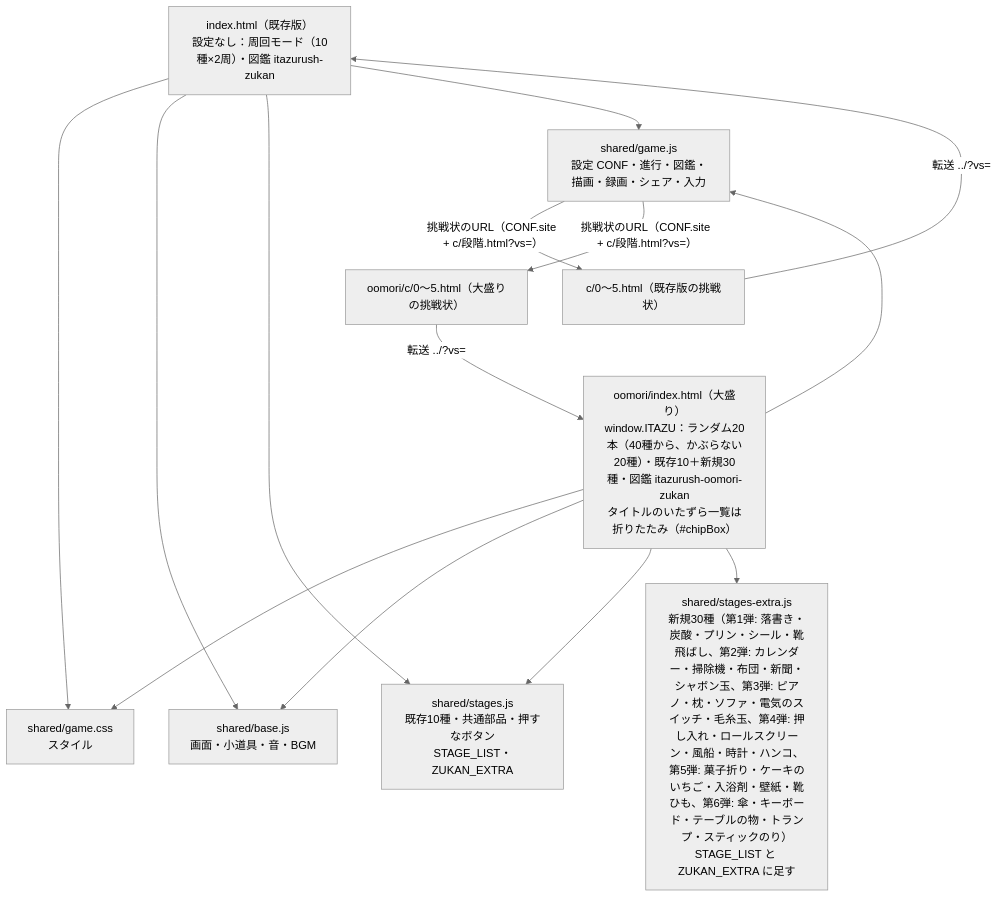
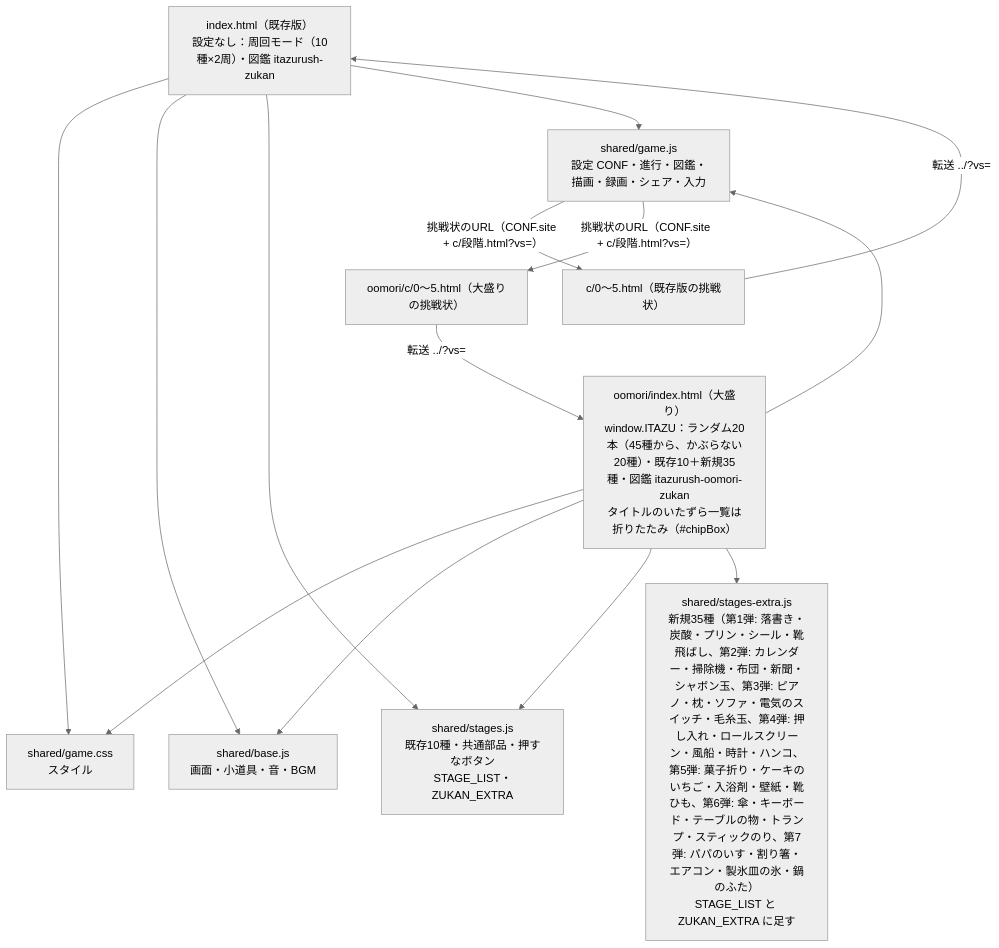
Before and after one commit to sakuichi/itazu-rush: the first of 2 diagrams in docs/architecture.md, drawn with Mermaid (neutral theme). The commit also changed 10 other files, not shown here.

Commit message:
大盛り！第7弾：パパのいす・割り箸・エアコン・製氷皿の氷・鍋のふたを追加（全45種）

````diff
--- a/docs/architecture.md
+++ b/docs/architecture.md
@@ -10,17 +10,17 @@
 ```mermaid
 flowchart TD
   P1["index.html（既存版）<br>設定なし：周回モード（10種×2周）・図鑑 itazurush-zukan"]
-  P2["oomori/index.html（大盛り）<br>window.ITAZU：ランダム20本（40種から、かぶらない20種）・既存10＋新規30種・図鑑 itazurush-oomori-zukan<br>タイトルのいたずら一覧は折りたたみ（#chipBox）"]
+  P2["oomori/index.html（大盛り）<br>window.ITAZU：ランダム20本（45種から、かぶらない20種）・既存10＋新規35種・図鑑 itazurush-oomori-zukan<br>タイトルのいたずら一覧は折りたたみ（#chipBox）"]
   CSS["shared/game.css<br>スタイル"]
   BASE["shared/base.js<br>画面・小道具・音・BGM"]
   ST["shared/stages.js<br>既存10種・共通部品・押すなボタン<br>STAGE_LIST・ZUKAN_EXTRA"]
-  EX["shared/stages-extra.js<br>新規30種（第1弾: 落書き・炭酸・プリン・シール・靴飛ばし、第2弾: カレンダー・掃除機・布団・新聞・シャボン玉、第3弾: ピアノ・枕・ソファ・電気のスイッチ・毛糸玉、第4弾: 押し入れ・ロールスクリーン・風船・時計・ハンコ、第5弾: 菓子折り・ケーキのいちご・入浴剤・壁紙・靴ひも、第6弾: 傘・キーボード・テーブルの物・トランプ・スティックのり）<br>STAGE_LIST と ZUKAN_EXTRA に足す"]
+  EX["shared/stages-extra.js<br>新規35種（第1弾: 落書き・炭酸・プリン・シール・靴飛ばし、第2弾: カレンダー・掃除機・布団・新聞・シャボン玉、第3弾: ピアノ・枕・ソファ・電気のスイッチ・毛糸玉、第4弾: 押し入れ・ロールスクリーン・風船・時計・ハンコ、第5弾: 菓子折り・ケーキのいちご・入浴剤・壁紙・靴ひも、第6弾: 傘・キーボード・テーブルの物・トランプ・スティックのり、第7弾: パパのいす・割り箸・エアコン・製氷皿の氷・鍋のふた）<br>STAGE_LIST と ZUKAN_EXTRA に足す"]
   GAME["shared/game.js<br>設定 CONF・進行・図鑑・描画・録画・シェア・入力"]
   CH1["c/0〜5.html（既存版の挑戦状）"]
   CH2["oomori/c/0〜5.html（大盛りの挑戦状）"]
   P1 --> CSS & BASE & ST & GAME
   P2 --> CSS & BASE & ST & EX & GAME
   GAME -- "挑戦状のURL（CONF.site + c/段階.html?vs=）" --> CH1 & CH2
   CH1 -- "転送 ../?vs=" --> P1
   CH2 -- "転送 ../?vs=" --> P2
 ```
````
